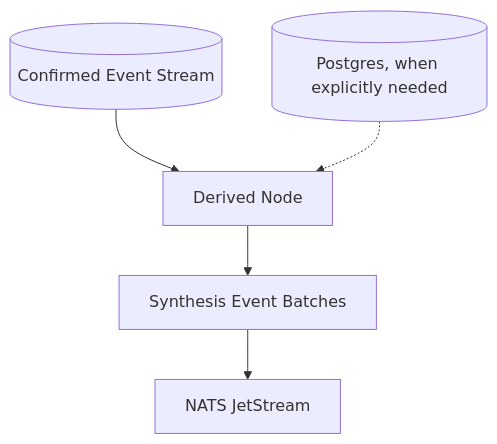
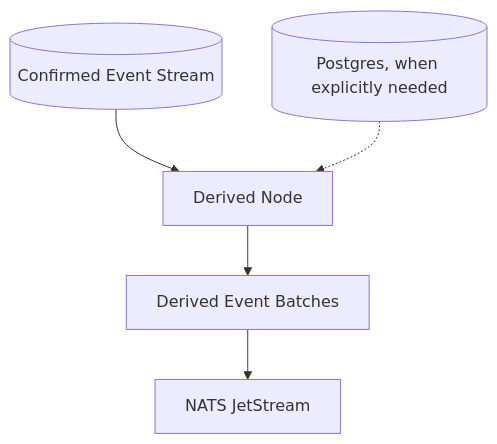
One commit to Sinity/sinex changed the second of 2 diagrams in crate/lib/sinex-node-sdk/docs/patterns.md. Above: the diagram before and after it, drawn with Mermaid. The commit also changed other lines of this file and 1307 other files, not shown here.

````diff
--- a/crate/lib/sinex-node-sdk/docs/patterns.md
+++ b/crate/lib/sinex-node-sdk/docs/patterns.md
@@ -59,7 +59,7 @@
 ```mermaid
 graph TD
     Confirmed[(Confirmed Event Stream)] --> Derived[Derived Node]
     DB[(Postgres, when explicitly needed)] -.-> Derived
-    Derived --> Synth[Synthesis Event Batches]
+    Derived --> Synth[Derived Event Batches]
     Synth --> NATS[NATS JetStream]
 ```
````
